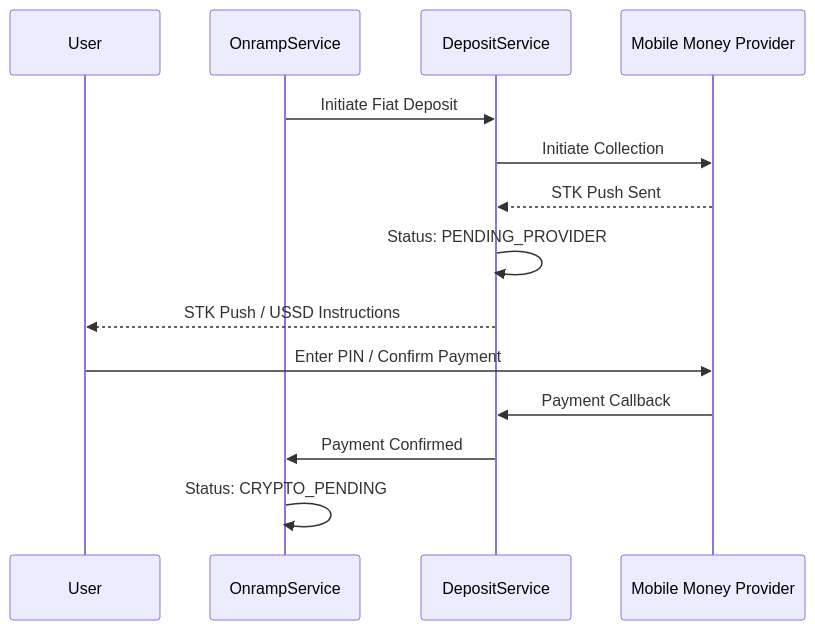
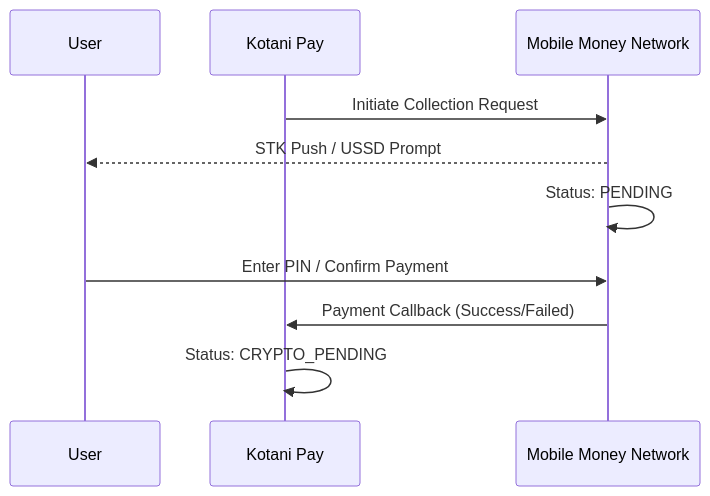
Before and after one commit to john-muinde/docs: the second of 9 diagrams in v3/flows/onramp-flow.mdx, drawn with Mermaid. The commit also changed other lines of this file and 5 other files, not shown here.

````diff
--- a/v3/flows/onramp-flow.mdx
+++ b/v3/flows/onramp-flow.mdx
@@ -45,18 +42,14 @@
 ```mermaid
 sequenceDiagram
     participant User
-    participant OnrampService
-    participant DepositService
-    participant Provider as Mobile Money Provider
+    participant Kotani Pay
+    participant MNO as Mobile Money Network
 
-    OnrampService->>DepositService: Initiate Fiat Deposit
-    DepositService->>Provider: Initiate Collection
-    Provider-->>DepositService: STK Push Sent
-    DepositService->>DepositService: Status: PENDING_PROVIDER
-    DepositService-->>User: STK Push / USSD Instructions
+    Kotani Pay->>MNO: Initiate Collection Request
+    MNO-->>User: STK Push / USSD Prompt
+    MNO->>MNO: Status: PENDING
 
-    User->>Provider: Enter PIN / Confirm Payment
-    Provider->>DepositService: Payment Callback
-    DepositService->>OnrampService: Payment Confirmed
-    OnrampService->>OnrampService: Status: CRYPTO_PENDING
+    User->>MNO: Enter PIN / Confirm Payment
+    MNO->>Kotani Pay: Payment Callback (Success/Failed)
+    Kotani Pay->>Kotani Pay: Status: CRYPTO_PENDING
 ```
````
